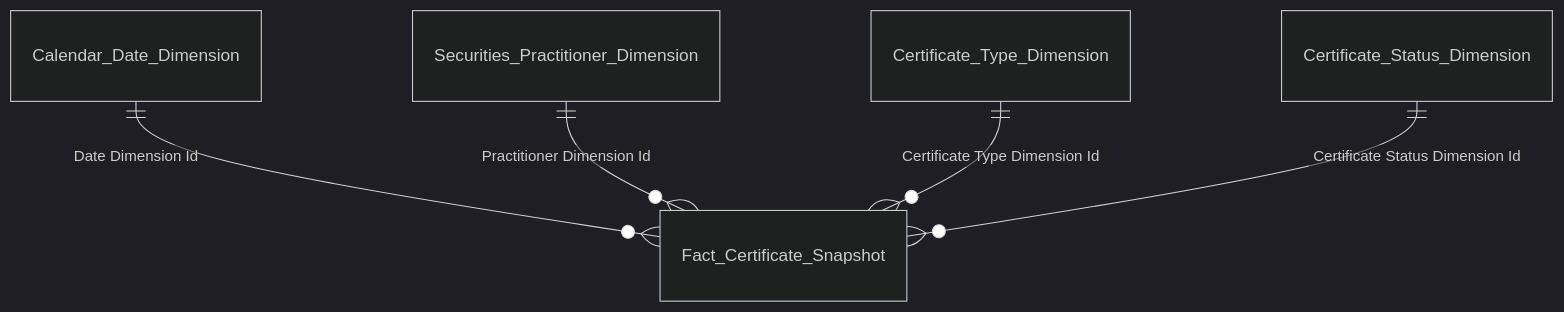
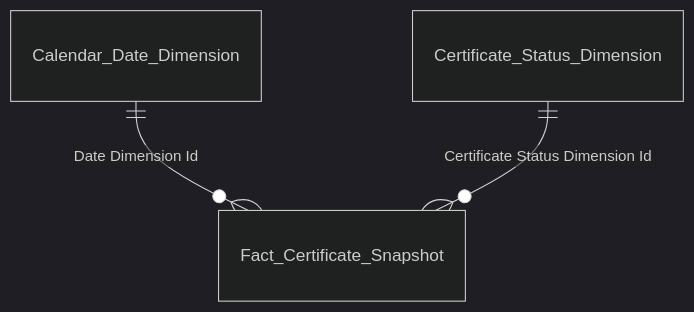
Before and after one commit to linhlvit/ubck_atomic_design: the second of 10 diagrams in Gold/hld/GOLD_NHNCK_HLD.md, drawn with Mermaid (dark theme). The commit also changed other lines of this file, not shown here.

Commit message:
update NHNCK

````diff
--- a/Gold/hld/GOLD_NHNCK_HLD.md
+++ b/Gold/hld/GOLD_NHNCK_HLD.md
@@ -74,7 +74,5 @@
 ```mermaid
 erDiagram
     Calendar_Date_Dimension ||--o{ Fact_Certificate_Snapshot : "Date Dimension Id"
-    Securities_Practitioner_Dimension ||--o{ Fact_Certificate_Snapshot : "Practitioner Dimension Id"
-    Certificate_Type_Dimension ||--o{ Fact_Certificate_Snapshot : "Certificate Type Dimension Id"
     Certificate_Status_Dimension ||--o{ Fact_Certificate_Snapshot : "Certificate Status Dimension Id"
 ```
````
